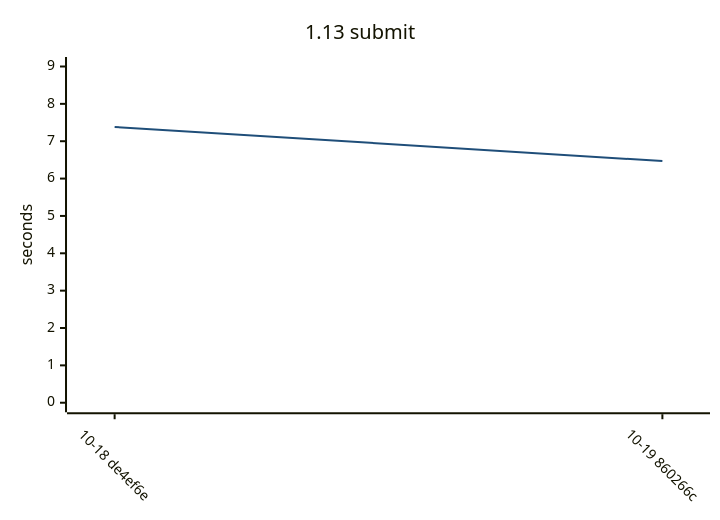
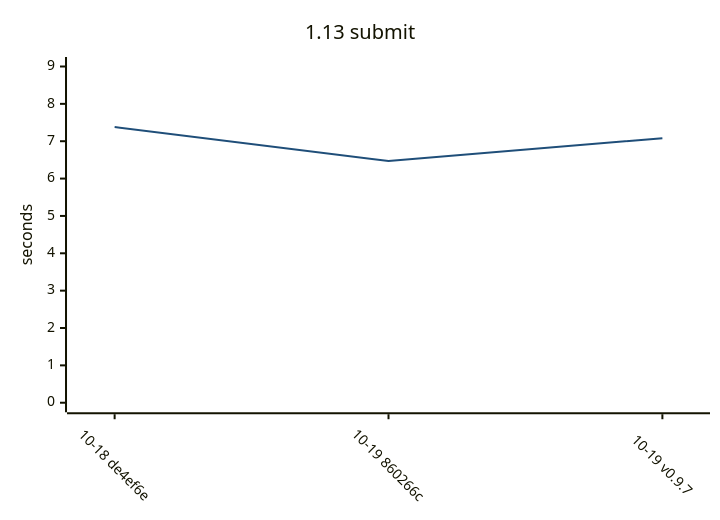
One commit to yamanori99/DistSSHQueue.jl changed the third of 15 diagrams in README.md. Above: the diagram before and after it, drawn with Mermaid. The commit also changed other lines of this file and 1 other file, not shown here.

````diff
--- a/README.md
+++ b/README.md
@@ -90,17 +90,17 @@
 ```mermaid
 ---
 config:
   theme: base
   themeVariables:
     xyChart:
       plotColorPalette: "#1f4e79"
   xyChart:
     xAxis:
       labelRotation: 45
 ---
 xychart-beta
     title "1.13 submit"
-    x-axis ["10-18 de4ef6e", "10-19 860266c"]
+    x-axis ["10-18 de4ef6e", "10-19 860266c", "10-19 v0.9.7"]
     y-axis "seconds" 0 --> 9
-    line [7.38, 6.47]
+    line [7.38, 6.47, 7.08]
 ```
````
